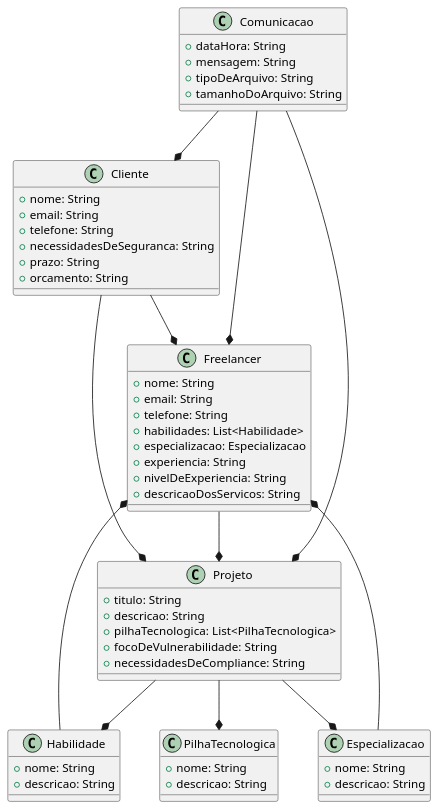
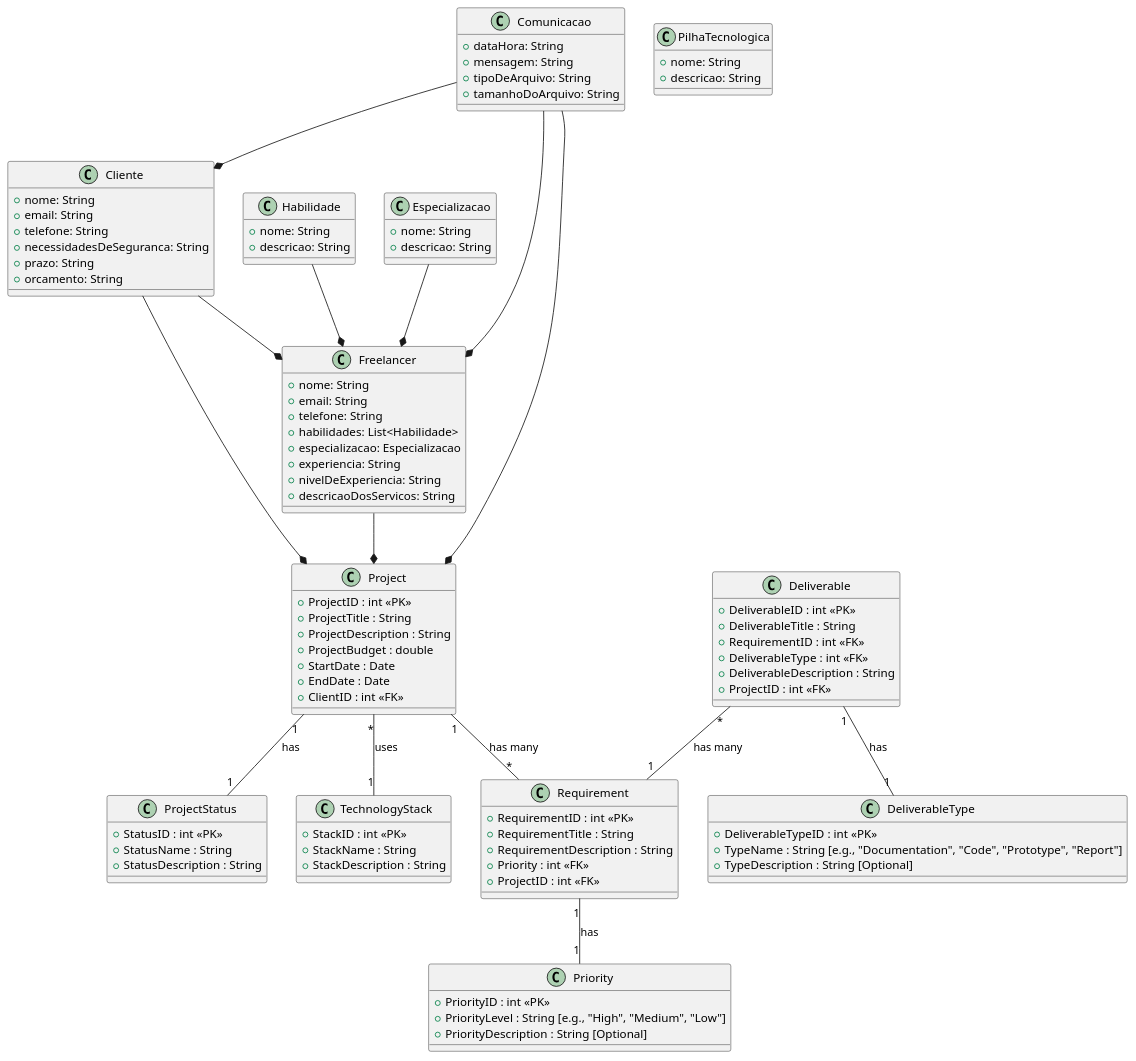
One commit to lucasneiva/armoredcode changed the diagram in docs/modeloconceitual.puml. Above: the diagram before and after it, drawn with PlantUML.

Commit message:
modeling project entitiy

```diff
--- a/docs/modeloconceitual.puml
+++ b/docs/modeloconceitual.puml
@@ -1,66 +1,114 @@
 @startuml Modelo Conceitual
 class Cliente {
     + nome: String
     + email: String
     + telefone: String
     + necessidadesDeSeguranca: String
     + prazo: String
     + orcamento: String
 }
 
 class Freelancer {
     + nome: String
     + email: String
     + telefone: String
     + habilidades: List<Habilidade>
     + especializacao: Especializacao
     + experiencia: String
     + nivelDeExperiencia: String
     + descricaoDosServicos: String
 }
 
-class Projeto {
-    + titulo: String
-    + descricao: String
-    + pilhaTecnologica: List<PilhaTecnologica>
-    + focoDeVulnerabilidade: String
-    + necessidadesDeCompliance: String
+class Project {
+  +ProjectID : int <<PK>>
+  +ProjectTitle : String
+  +ProjectDescription : String
+  +ProjectBudget : double 
+  +StartDate : Date
+  +EndDate : Date 
+  +ClientID : int <<FK>> 
 }
+
+class ProjectStatus {
+  +StatusID : int <<PK>>
+  +StatusName : String
+  +StatusDescription : String
+}
+
+class Requirement {
+  +RequirementID : int <<PK>>
+  +RequirementTitle : String
+  +RequirementDescription : String
+  +Priority : int <<FK>> 
+  +ProjectID : int <<FK>>
+}
+
+class Deliverable {
+  +DeliverableID : int <<PK>>
+  +DeliverableTitle : String
+  +RequirementID : int <<FK>>
+  +DeliverableType : int <<FK>>
+  +DeliverableDescription : String
+  +ProjectID : int <<FK>>
+}
+
+class DeliverableType {
+  +DeliverableTypeID : int <<PK>>
+  +TypeName : String [e.g., "Documentation", "Code", "Prototype", "Report"]
+  +TypeDescription : String [Optional]
+}
+
+class TechnologyStack {
+  +StackID : int <<PK>>
+  +StackName : String
+  +StackDescription : String
+} 
+
+class Priority {
+  +PriorityID : int <<PK>>
+  +PriorityLevel : String [e.g., "High", "Medium", "Low"]
+  +PriorityDescription : String [Optional]
+}
+
+Deliverable "1" -- "1" DeliverableType : has
+Deliverable "*" -- "1" Requirement : has many
+Requirement "1" -- "1" Priority : has
+Project "1" -- "1" ProjectStatus : has
+Project "1" -- "*" Requirement : has many
+Project "*" -- "1" TechnologyStack : uses
+
 
 class Habilidade {
     + nome: String
     + descricao: String
 }
 
 class Especializacao {
     + nome: String
     + descricao: String
 }
 
 class PilhaTecnologica {
     + nome: String
     + descricao: String
 }
 
 class Comunicacao {
     + dataHora: String
     + mensagem: String
     + tipoDeArquivo: String
     + tamanhoDoArquivo: String
 }
 
-Cliente --* Projeto
+Cliente --* Project
 Cliente --* Freelancer
-Freelancer --* Projeto
+Freelancer --* Project
 
-Projeto --* Habilidade
-Projeto --* Especializacao
-Projeto --* PilhaTecnologica
 
 Habilidade --* Freelancer
 Especializacao --* Freelancer
 
 Comunicacao --* Cliente
 Comunicacao --* Freelancer
-Comunicacao --* Projeto
+Comunicacao --* Project
 @enduml
```
